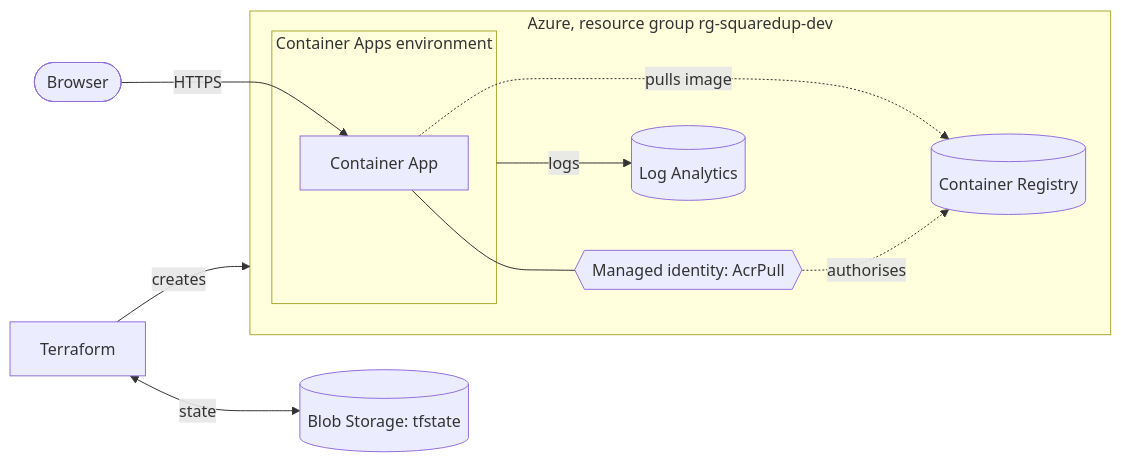
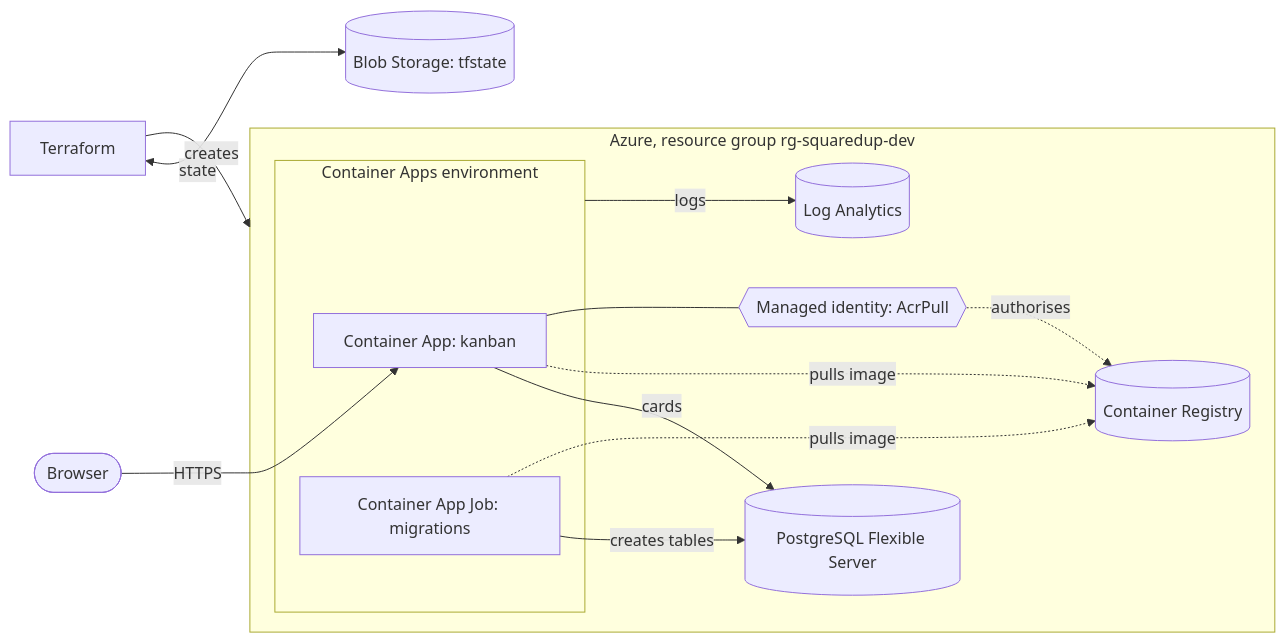
Before and after one commit to NathanWalash/squared-up: the diagram in README.md, drawn with Mermaid. The commit also changed other lines of this file and 1 other file, not shown here.

````diff
--- a/README.md
+++ b/README.md
@@ -27,20 +27,25 @@
 ```mermaid
 flowchart LR
     user([Browser]) -->|HTTPS| app
 
     subgraph azure[Azure, resource group rg-squaredup-dev]
         subgraph env[Container Apps environment]
-            app[Container App]
+            app[Container App: kanban]
+            job[Container App Job: migrations]
         end
+        db[(PostgreSQL Flexible Server)]
         acr[(Container Registry)]
         id{{Managed identity: AcrPull}}
         logs[(Log Analytics)]
+        app -->|cards| db
+        job -->|creates tables| db
         app -. pulls image .-> acr
+        job -. pulls image .-> acr
         id -. authorises .-> acr
         app --- id
         env -->|logs| logs
     end
 
     tf[Terraform] -->|creates| azure
     tf <-->|state| state[(Blob Storage: tfstate)]
 ```
````
